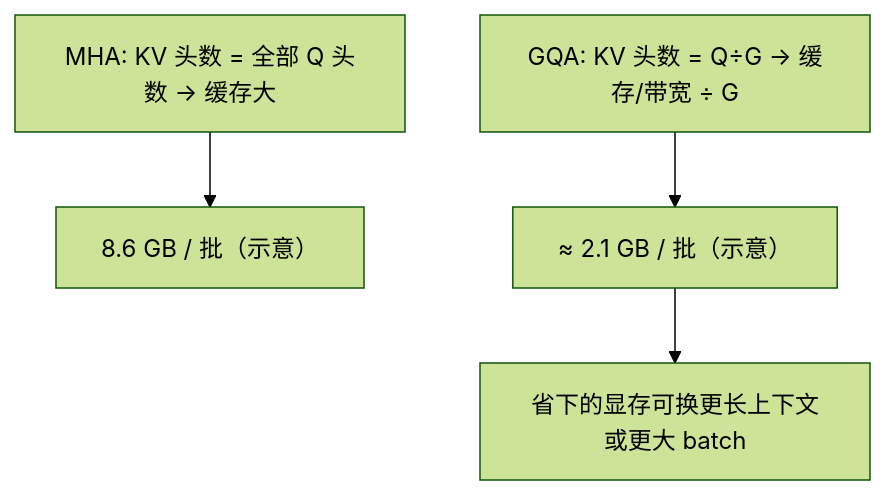
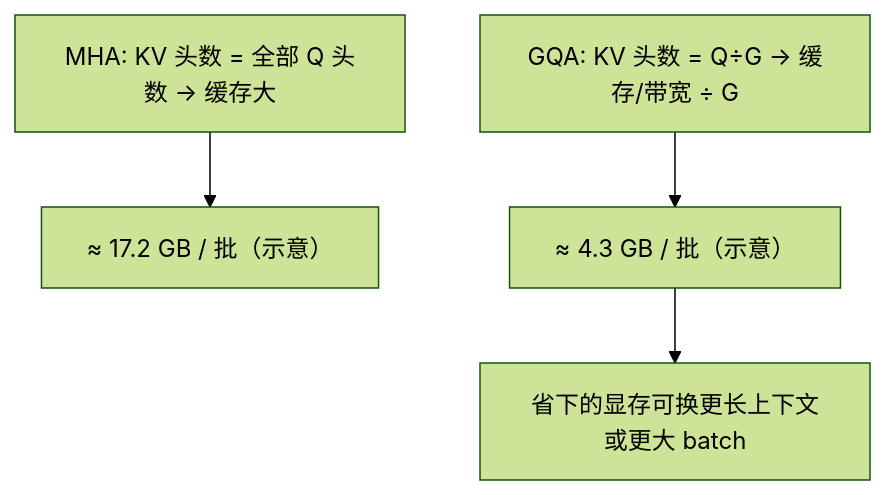
Before and after one commit to SuccinctPaul/Ascend-Notes: the third of 5 diagrams in docs/pages/ops/06-gqa-kvcache.md, drawn with Mermaid (forest theme). The commit also changed other lines of this file and 39 other files, not shown here.

````diff
--- a/docs/pages/ops/06-gqa-kvcache.md
+++ b/docs/pages/ops/06-gqa-kvcache.md
@@ -180,8 +181,8 @@
 ```mermaid
 flowchart TD
     MHA["MHA: KV 头数 = 全部 Q 头数 → 缓存大"]
     GQA["GQA: KV 头数 = Q÷G → 缓存/带宽 ÷ G"]
-    MHA --> C1["8.6 GB / 批（示意）"]
-    GQA --> C2["≈ 2.1 GB / 批（示意）"]
+    MHA --> C1["≈ 17.2 GB / 批（示意）"]
+    GQA --> C2["≈ 4.3 GB / 批（示意）"]
     C2 --> NOTE["省下的显存可换更长上下文或更大 batch"]
 ```
````
